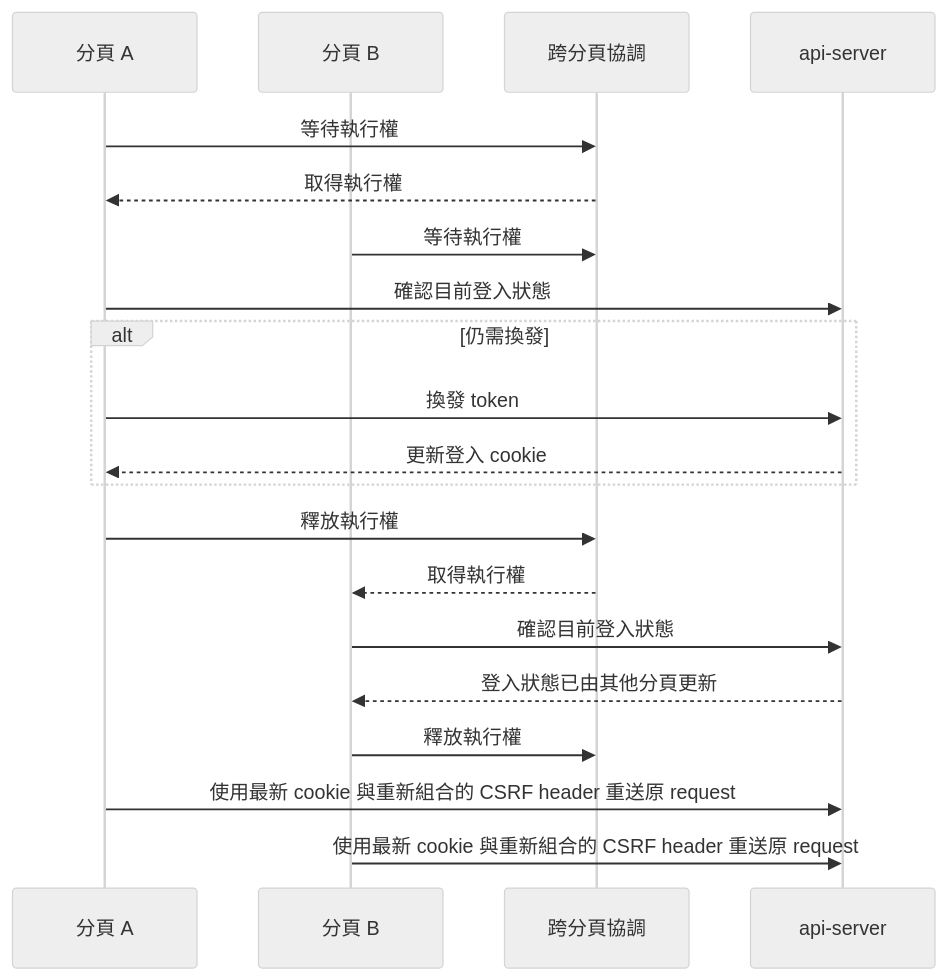
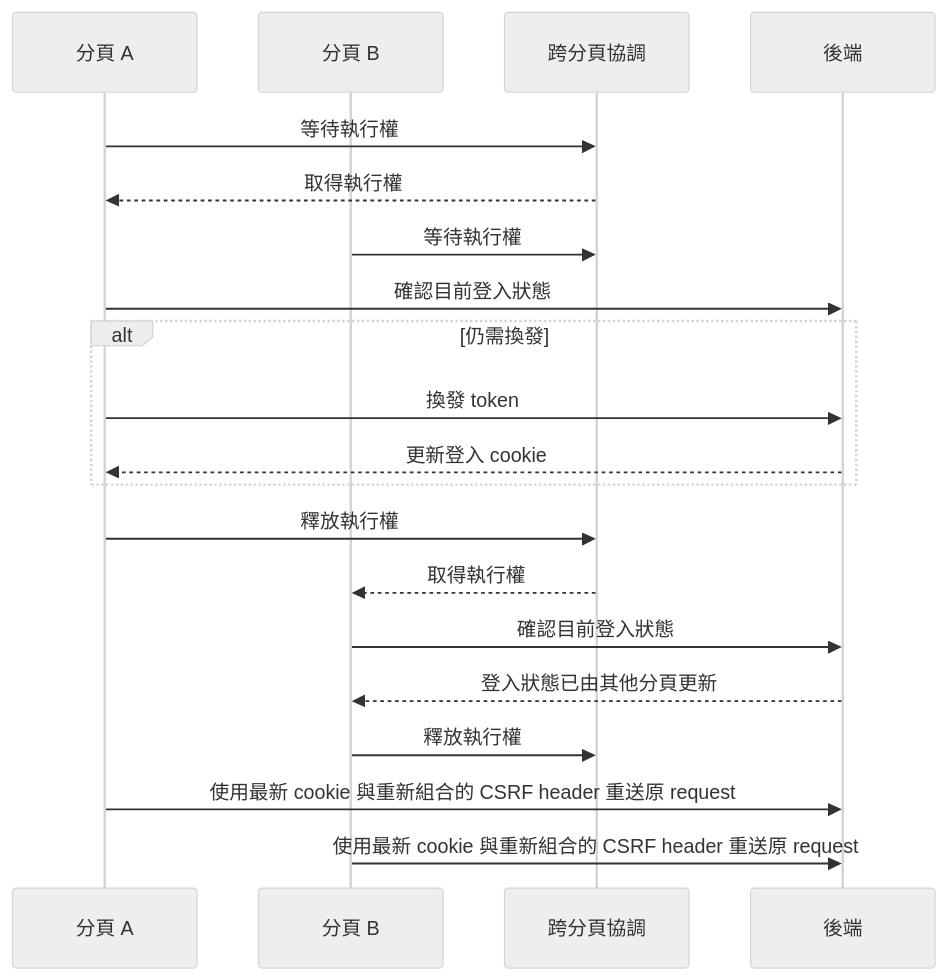
The first of 2 diagrams in docs/plans/0005-login-account-fixes.md (bingyangchen/taigu), drawn with Mermaid (neutral theme) before and after one commit. The commit also changed other lines of this file and 33 other files, not shown here.

Commit message:
Name the frontend or backend as the actor in specs, and move known issues to their own roadmap section (#231)

````diff
--- a/docs/plans/0005-login-account-fixes.md
+++ b/docs/plans/0005-login-account-fixes.md
@@ -417,22 +417,22 @@
 ```mermaid
 sequenceDiagram
   participant A as 分頁 A
   participant B as 分頁 B
   participant C as 跨分頁協調
-  participant S as api-server
+  participant S as 後端
   A->>C: 等待執行權
   C-->>A: 取得執行權
   B->>C: 等待執行權
   A->>S: 確認目前登入狀態
   alt 仍需換發
     A->>S: 換發 token
     S-->>A: 更新登入 cookie
   end
   A->>C: 釋放執行權
   C-->>B: 取得執行權
   B->>S: 確認目前登入狀態
   S-->>B: 登入狀態已由其他分頁更新
   B->>C: 釋放執行權
   A->>S: 使用最新 cookie 與重新組合的 CSRF header 重送原 request
   B->>S: 使用最新 cookie 與重新組合的 CSRF header 重送原 request
 ```
````
